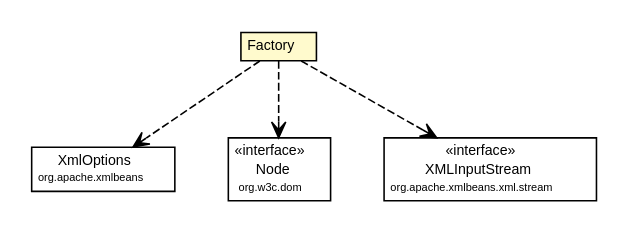
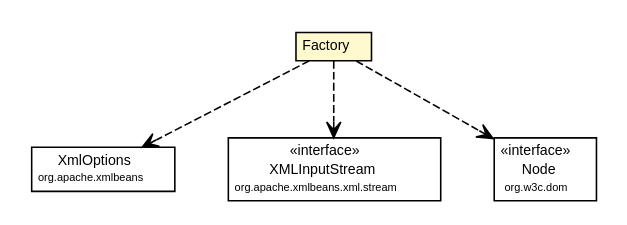
The diagram in site/apidocs/org/synchronoss/cpo/util/cpoUtilConfig/CtCustomClasspath.Factory.dot (synchronoss/cpo-util), drawn with Graphviz before and after one commit. The commit also changed 301 other files, not shown here.

Commit message:
Creating site for cpoUtil, 5.1.1-SNAPSHOT

```diff
--- a/site/apidocs/org/synchronoss/cpo/util/cpoUtilConfig/CtCustomClasspath.Factory.dot
+++ b/site/apidocs/org/synchronoss/cpo/util/cpoUtilConfig/CtCustomClasspath.Factory.dot
@@ -1,45 +1,45 @@
 #!/usr/local/bin/dot
 #
 # Class diagram 
 # Generated by UmlGraph version 4.6 (http://www.spinellis.gr/sw/umlgraph)
 #
 
 digraph G {
 	edge [fontname="Helvetica",fontsize=10,labelfontname="Helvetica",labelfontsize=10];
 	node [fontname="Helvetica",fontsize=10,shape=plaintext];
 	// org.synchronoss.cpo.util.cpoUtilConfig.CtCustomClasspath.Factory
 	c4993 [label=<<table border="0" cellborder="1" cellspacing="0" cellpadding="2" port="p" bgcolor="lemonChiffon" href="./CtCustomClasspath.Factory.html">
 		<tr><td><table border="0" cellspacing="0" cellpadding="1">
 			<tr><td> Factory </td></tr>
 		</table></td></tr>
 		</table>>, fontname="Helvetica", fontcolor="black", fontsize=9.0];
 	// org.synchronoss.cpo.util.cpoUtilConfig.CtCustomClasspath.Factory DEPEND org.apache.xmlbeans.XmlOptions
 	c4993:p -> c5006:p [taillabel="", label="", headlabel="", fontname="Helvetica", fontcolor="black", fontsize=10.0, color="black", arrowhead=open, style=dashed];
+	// org.synchronoss.cpo.util.cpoUtilConfig.CtCustomClasspath.Factory DEPEND org.apache.xmlbeans.xml.stream.XMLInputStream
+	c4993:p -> c5007:p [taillabel="", label="", headlabel="", fontname="Helvetica", fontcolor="black", fontsize=10.0, color="black", arrowhead=open, style=dashed];
 	// org.synchronoss.cpo.util.cpoUtilConfig.CtCustomClasspath.Factory DEPEND org.w3c.dom.Node
-	c4993:p -> c5007:p [taillabel="", label="", headlabel="", fontname="Helvetica", fontcolor="black", fontsize=10.0, color="black", arrowhead=open, style=dashed];
-	// org.synchronoss.cpo.util.cpoUtilConfig.CtCustomClasspath.Factory DEPEND org.apache.xmlbeans.xml.stream.XMLInputStream
 	c4993:p -> c5008:p [taillabel="", label="", headlabel="", fontname="Helvetica", fontcolor="black", fontsize=10.0, color="black", arrowhead=open, style=dashed];
 	// org.apache.xmlbeans.xml.stream.XMLInputStream
-	c5008 [label=<<table border="0" cellborder="1" cellspacing="0" cellpadding="2" port="p" href="http://java.sun.com/j2se/1.4.2/docs/api/org/apache/xmlbeans/xml/stream/XMLInputStream.html">
+	c5007 [label=<<table border="0" cellborder="1" cellspacing="0" cellpadding="2" port="p" href="http://java.sun.com/j2se/1.4.2/docs/api/org/apache/xmlbeans/xml/stream/XMLInputStream.html">
 		<tr><td><table border="0" cellspacing="0" cellpadding="1">
 			<tr><td> &laquo;interface&raquo; </td></tr>
 			<tr><td> XMLInputStream </td></tr>
 			<tr><td><font point-size="7.0"> org.apache.xmlbeans.xml.stream </font></td></tr>
 		</table></td></tr>
 		</table>>, fontname="Helvetica", fontcolor="black", fontsize=9.0];
 	// org.w3c.dom.Node
-	c5007 [label=<<table border="0" cellborder="1" cellspacing="0" cellpadding="2" port="p" href="http://java.sun.com/j2se/1.4.2/docs/api/org/w3c/dom/Node.html">
+	c5008 [label=<<table border="0" cellborder="1" cellspacing="0" cellpadding="2" port="p" href="http://java.sun.com/j2se/1.4.2/docs/api/org/w3c/dom/Node.html">
 		<tr><td><table border="0" cellspacing="0" cellpadding="1">
 			<tr><td> &laquo;interface&raquo; </td></tr>
 			<tr><td> Node </td></tr>
 			<tr><td><font point-size="7.0"> org.w3c.dom </font></td></tr>
 		</table></td></tr>
 		</table>>, fontname="Helvetica", fontcolor="black", fontsize=9.0];
 	// org.apache.xmlbeans.XmlOptions
 	c5006 [label=<<table border="0" cellborder="1" cellspacing="0" cellpadding="2" port="p" href="http://java.sun.com/j2se/1.4.2/docs/api/org/apache/xmlbeans/XmlOptions.html">
 		<tr><td><table border="0" cellspacing="0" cellpadding="1">
 			<tr><td> XmlOptions </td></tr>
 			<tr><td><font point-size="7.0"> org.apache.xmlbeans </font></td></tr>
 		</table></td></tr>
 		</table>>, fontname="Helvetica", fontcolor="black", fontsize=9.0];
 }
```
